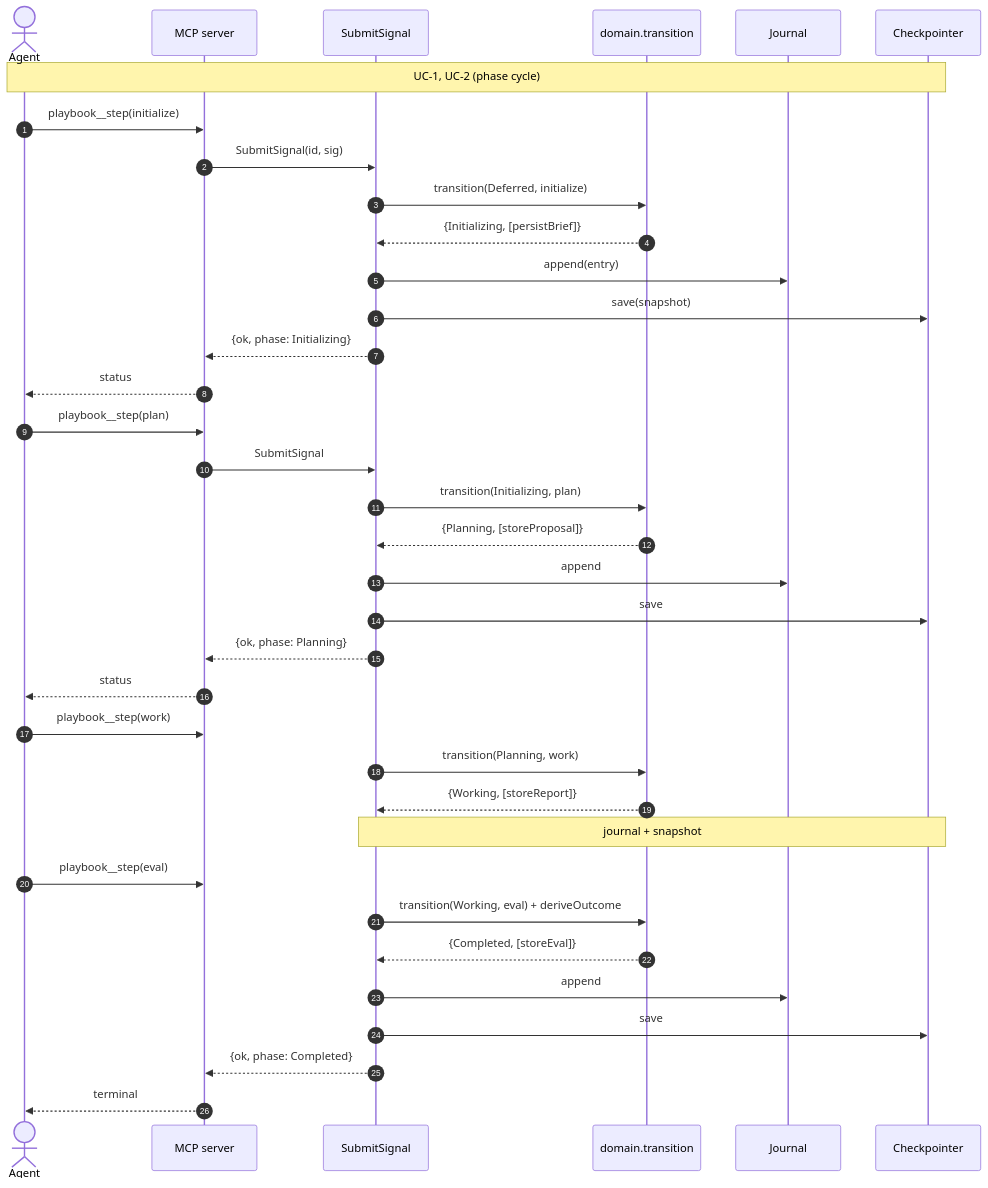
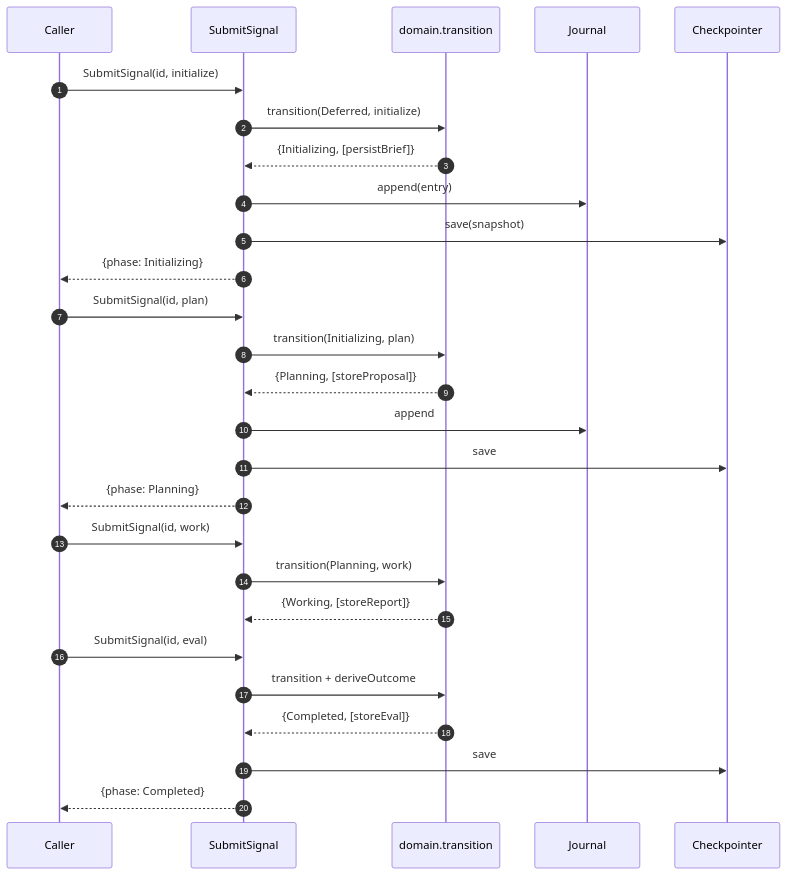
Before and after one commit to foreman-lab/handbook: the first of 5 diagrams in architecture.md, drawn with Mermaid. The commit also changed other lines of this file, not shown here.

First line of the commit message:
docs: make state machine architecture standalone (no transport)

````diff
--- a/architecture.md
+++ b/architecture.md
@@ -362,43 +361,33 @@
 ```mermaid
 sequenceDiagram
     autonumber
-    actor Ag as Agent
-    participant MCP as MCP server
+    participant C as Caller
     participant UC as SubmitSignal
     participant Dom as domain.transition
     participant JR as Journal
     participant CP as Checkpointer
 
-    Note over Ag,CP: UC-1, UC-2 (phase cycle)
-
-    Ag->>MCP: playbook__step(initialize)
-    MCP->>UC: SubmitSignal(id, sig)
+    C->>UC: SubmitSignal(id, initialize)
     UC->>Dom: transition(Deferred, initialize)
     Dom-->>UC: {Initializing, [persistBrief]}
     UC->>JR: append(entry)
     UC->>CP: save(snapshot)
-    UC-->>MCP: {ok, phase: Initializing}
-    MCP-->>Ag: status
+    UC-->>C: {phase: Initializing}
 
-    Ag->>MCP: playbook__step(plan)
-    MCP->>UC: SubmitSignal
+    C->>UC: SubmitSignal(id, plan)
     UC->>Dom: transition(Initializing, plan)
     Dom-->>UC: {Planning, [storeProposal]}
     UC->>JR: append
     UC->>CP: save
-    UC-->>MCP: {ok, phase: Planning}
-    MCP-->>Ag: status
+    UC-->>C: {phase: Planning}
 
-    Ag->>MCP: playbook__step(work)
+    C->>UC: SubmitSignal(id, work)
     UC->>Dom: transition(Planning, work)
     Dom-->>UC: {Working, [storeReport]}
-    Note over UC,CP: journal + snapshot
 
-    Ag->>MCP: playbook__step(eval)
-    UC->>Dom: transition(Working, eval) + deriveOutcome
+    C->>UC: SubmitSignal(id, eval)
+    UC->>Dom: transition + deriveOutcome
     Dom-->>UC: {Completed, [storeEval]}
-    UC->>JR: append
     UC->>CP: save
-    UC-->>MCP: {ok, phase: Completed}
-    MCP-->>Ag: terminal
+    UC-->>C: {phase: Completed}
 ```
````
